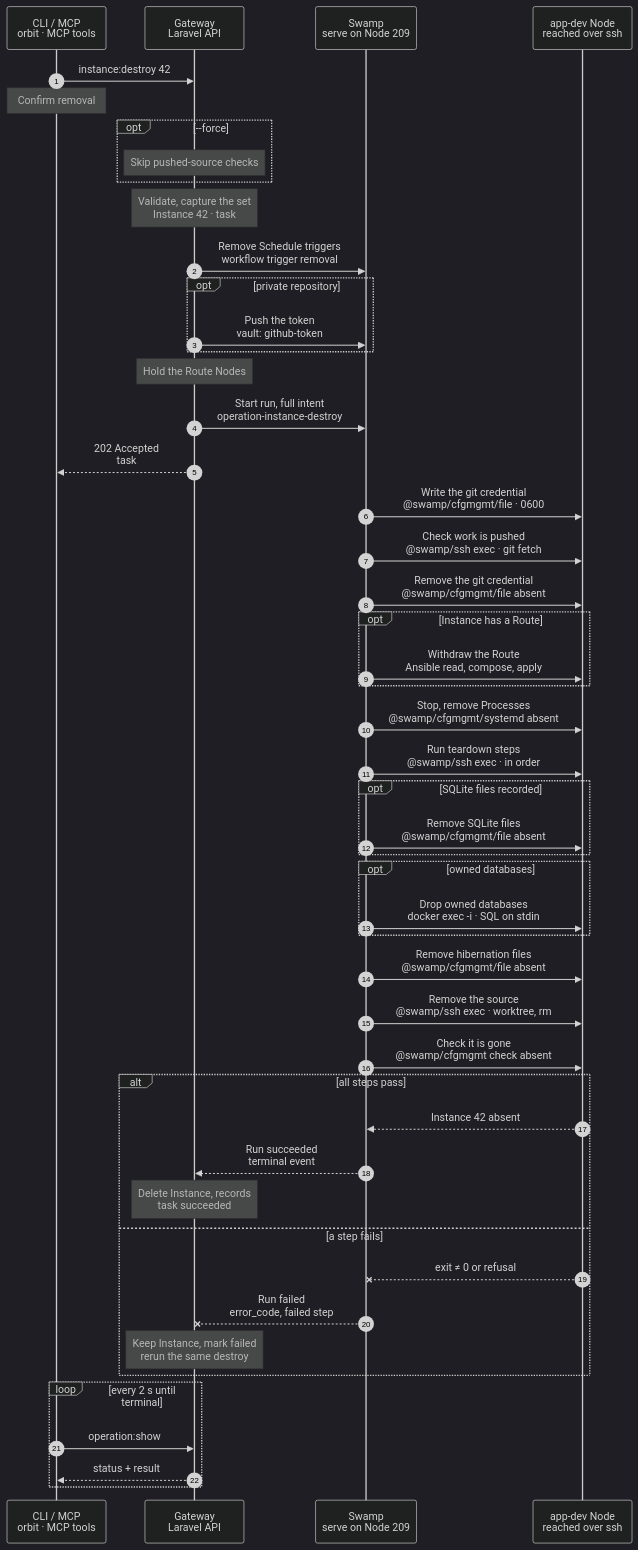
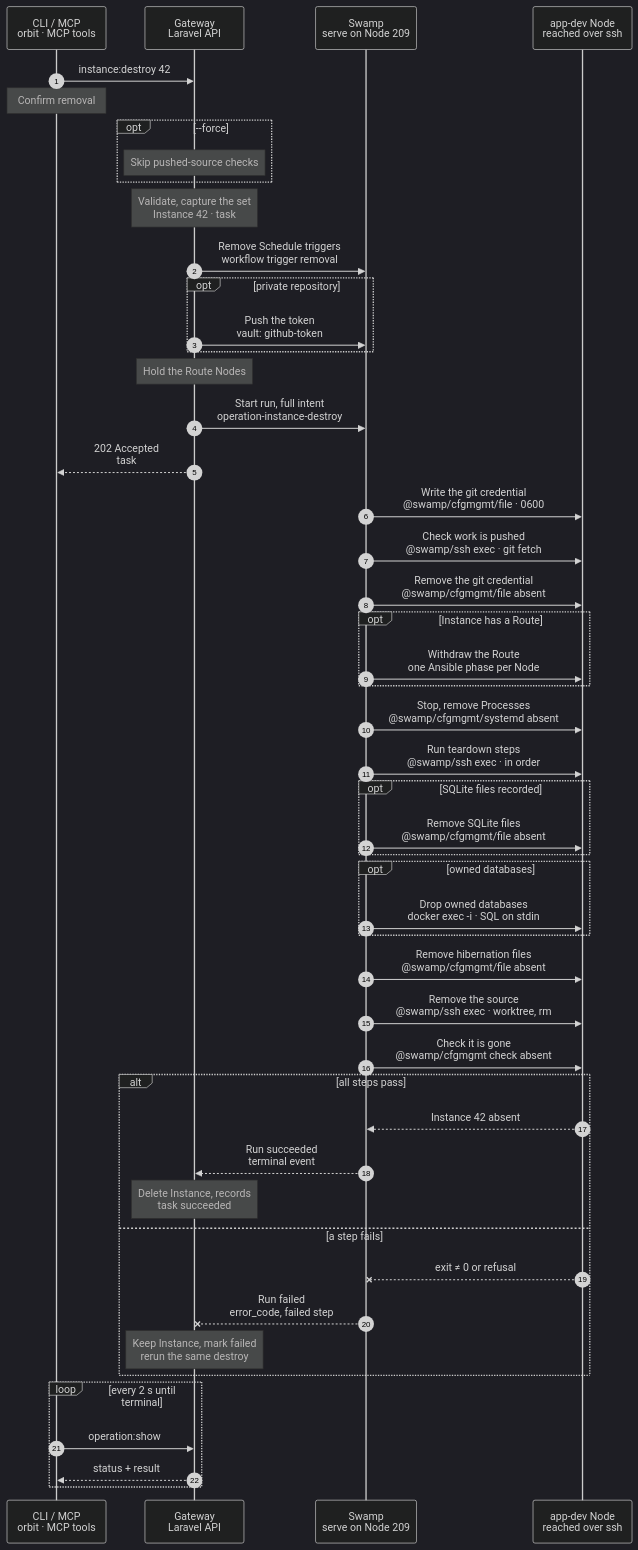
The diagram in docs/cli/instance/destroy.mmd (hardimpactdev/orbit), drawn with Mermaid (dark theme) before and after one commit. The commit also changed 7 other files, not shown here.

First line of the commit message:
spike(destroy): the Route withdrawal of one Node as one Ansible phase

```diff
--- a/docs/cli/instance/destroy.mmd
+++ b/docs/cli/instance/destroy.mmd
@@ -114,10 +114,10 @@
   %%> When:
   %%> - always after the check, also when it refused
   opt Instance has a Route
-  SW->>N: Withdraw the Route<br/>Ansible read, compose, apply
+  SW->>N: Withdraw the Route<br/>one Ansible phase per Node
   %%> What it does:
   %%> - removes the Caddy site of Instance 42, its PHP pool and its certificate, then reloads Caddy; no restart
-  %%> - per Node, in parallel: one Ansible read of the pools, the Caddyfile and the private DNS files, one composition of the captured states against them, one Ansible apply
+  %%> - per Node, in parallel: one Ansible phase that reads the pools and the Caddyfile, composes the captured states against them (a Jinja template with unit cases) and applies the result
   %%> - the apply writes the pools, tests and reloads PHP-FPM, writes the Caddyfile, validates and reloads Caddy, writes the DNS records and restarts the backend, then removes the certificate folders
   %%> - for a Route domain outside the Cluster or Node TLD it also removes the private DNS records on Node 1 (private DNS answers the whole TLD, so a domain inside it has none), in this step and not in a step of its own
   %%> - the catalog's Router answers (`overrides`, a list per requesting Node) name a Route only while the captured fleet has a site for it, as the host records do, so the name of the withdrawn Route leaves with its records in this same step and no stale answer stays
```
